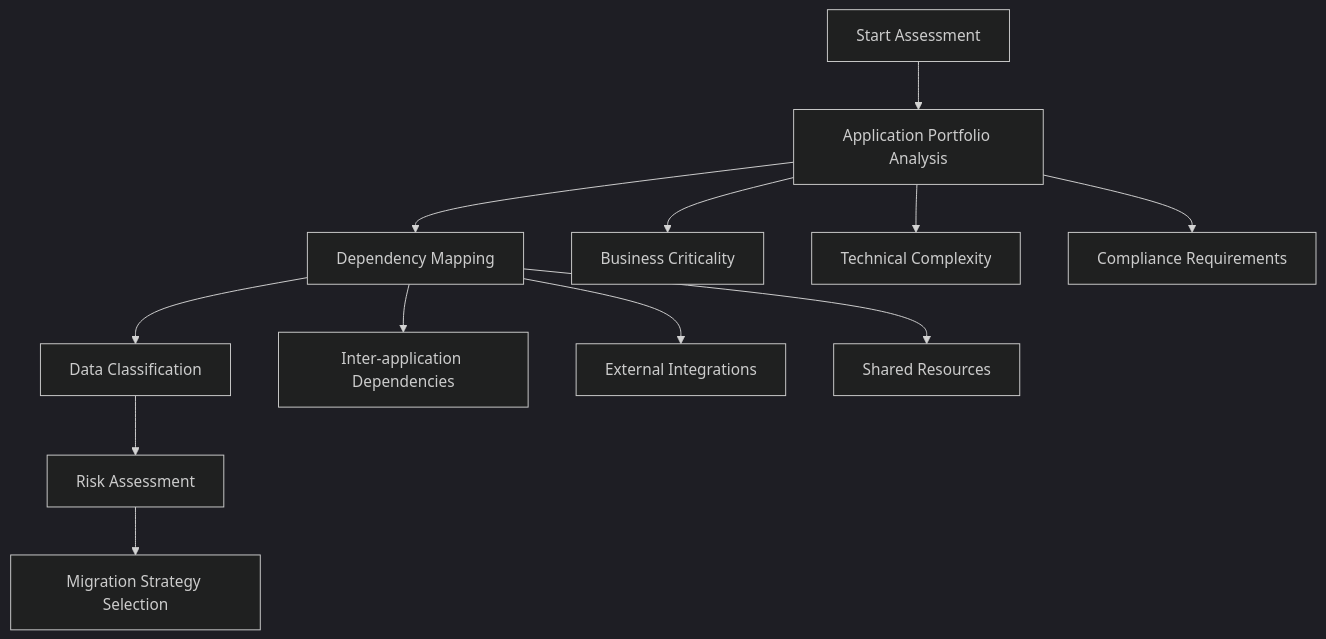
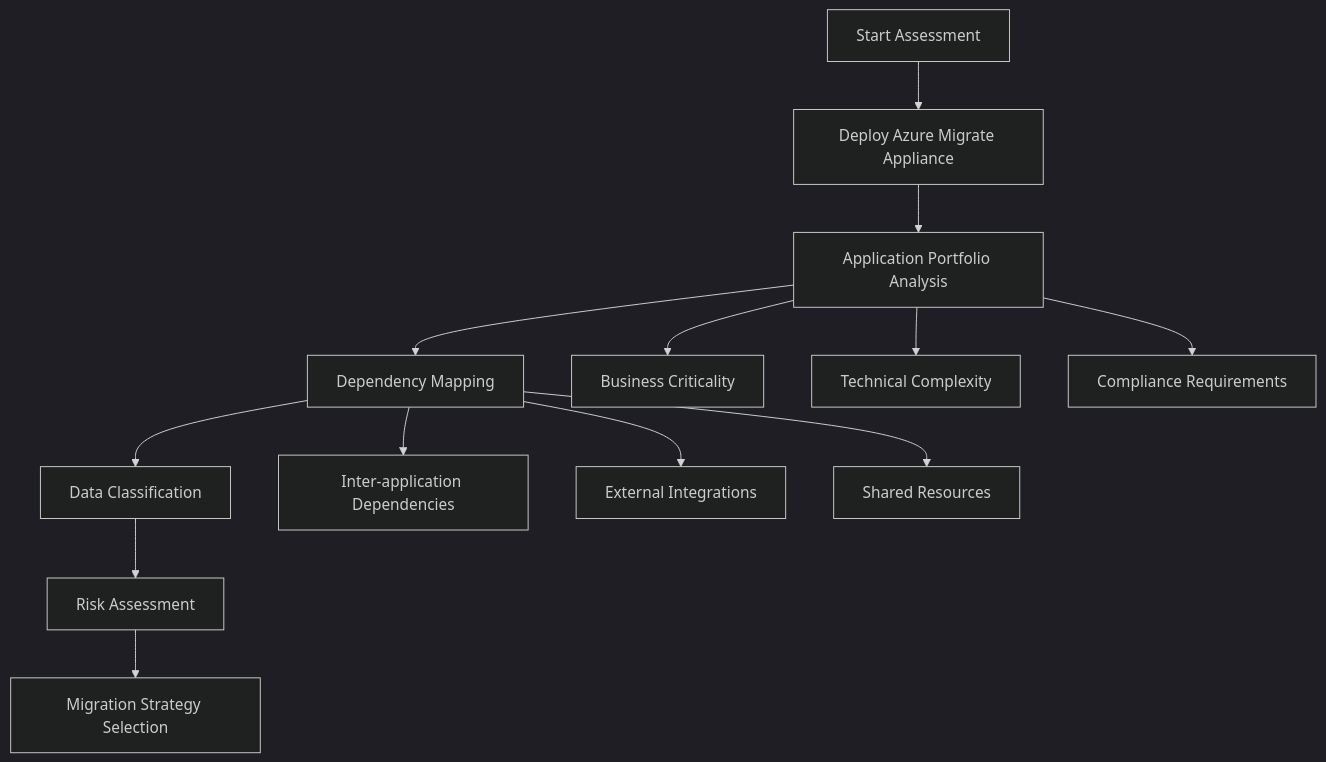
The second of 3 diagrams in architecture-general/05-cloud-infrastructure-platform-architecture/cloud-migration/on-prem-to-cloud-migration.md (gurkanindibay/azure_learning), drawn with Mermaid (dark theme) before and after one commit. The commit also changed other lines of this file, not shown here.

Commit message:
Update cloud migration documentation: expand migration strategies to the 8 R's, enhance clarity with detailed descriptions, and include best practices for Azure Migrate assessments.

````diff
--- a/architecture-general/05-cloud-infrastructure-platform-architecture/cloud-migration/on-prem-to-cloud-migration.md
+++ b/architecture-general/05-cloud-infrastructure-platform-architecture/cloud-migration/on-prem-to-cloud-migration.md
@@ -124,16 +176,17 @@
 ```mermaid
 flowchart TD
-    A[Start Assessment] --> B[Application Portfolio Analysis]
-    B --> C[Dependency Mapping]
-    C --> D[Data Classification]
-    D --> E[Risk Assessment]
-    E --> F[Migration Strategy Selection]
+    A[Start Assessment] --> B[Deploy Azure Migrate Appliance]
+    B --> C[Application Portfolio Analysis]
+    C --> D[Dependency Mapping]
+    D --> E[Data Classification]
+    E --> F[Risk Assessment]
+    F --> G[Migration Strategy Selection]
     
-    B --> B1[Business Criticality]
-    B --> B2[Technical Complexity]
-    B --> B3[Compliance Requirements]
+    C --> C1[Business Criticality]
+    C --> C2[Technical Complexity]
+    C --> C3[Compliance Requirements]
     
-    C --> C1[Inter-application Dependencies]
-    C --> C2[External Integrations]
-    C --> C3[Shared Resources]
+    D --> D1[Inter-application Dependencies]
+    D --> D2[External Integrations]
+    D --> D3[Shared Resources]
 ```
````
